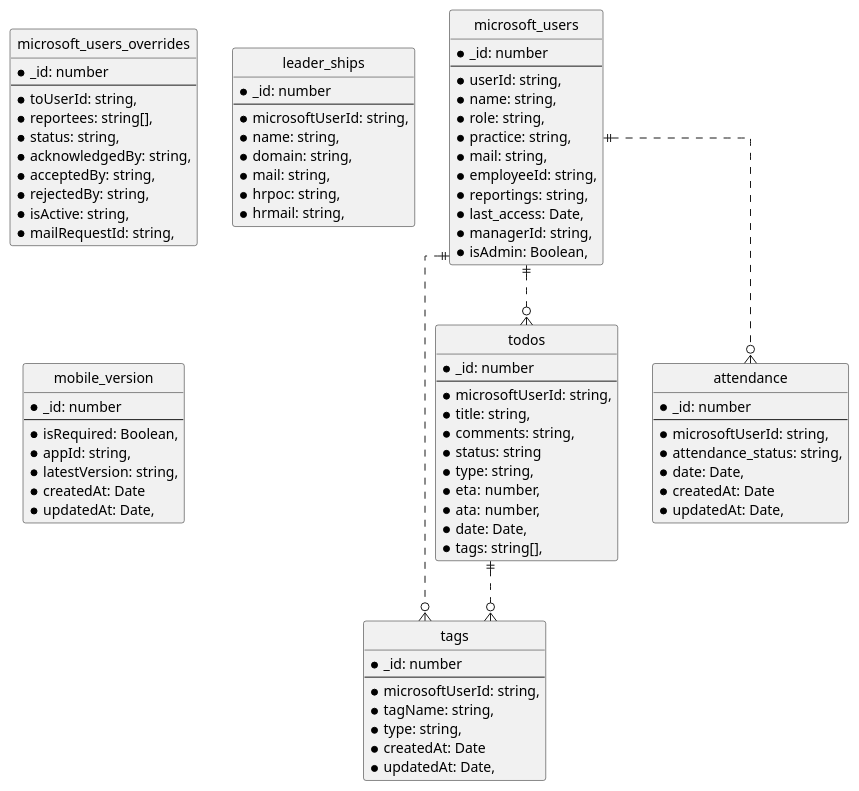
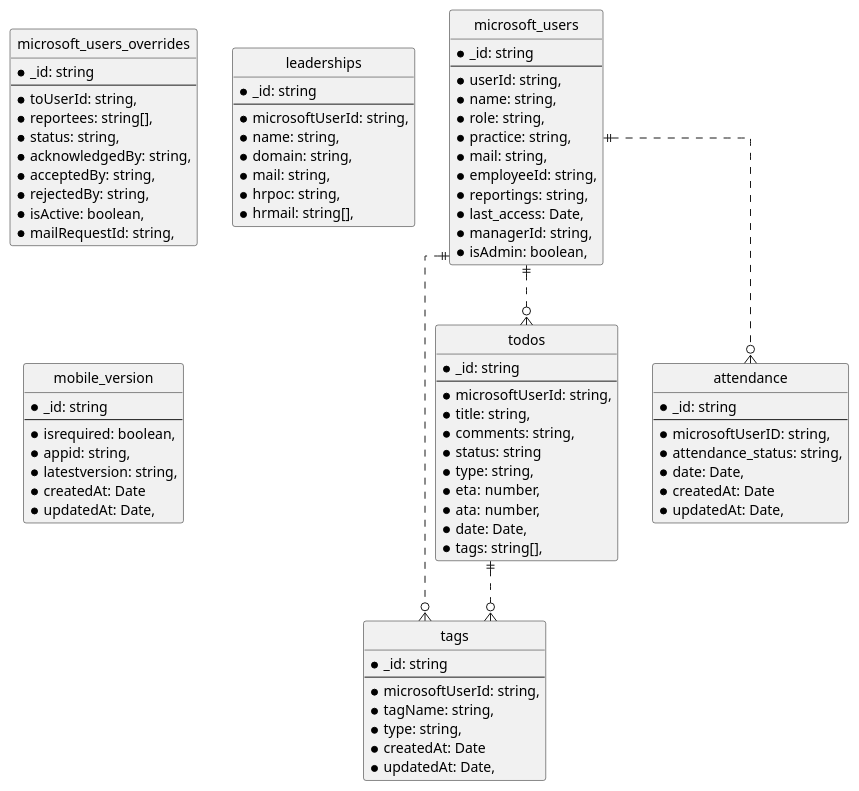
One commit to avasoft-mobility/workday-design changed the diagram in backend/er_design/workday.er.puml. Above: the diagram before and after it, drawn with PlantUML. The commit also changed 7 other files, not shown here.

Commit message:
Remove unused ER files and Change datatypes in ER

```diff
--- a/backend/er_design/workday.er.puml
+++ b/backend/er_design/workday.er.puml
@@ -1,97 +1,97 @@
 @startuml ER Diagram
 ' hide the spot
 hide circle
 
 ' avoid problems with angled crows feet
 skinparam linetype ortho
 
 entity microsoft_users{
-    *_id: number
+    *_id: string
     --
     *userId: string,
     *name: string,
     *role: string,
     *practice: string,
     *mail: string,
     *employeeId: string,
     *reportings: string,
     *last_access: Date,
     *managerId: string,
-    *isAdmin: Boolean,
+    *isAdmin: boolean,
 }
 
 entity microsoft_users_overrides{
-    *_id: number
+    *_id: string
     --
     *toUserId: string,
     *reportees: string[],
     *status: string,
     *acknowledgedBy: string,
     *acceptedBy: string,
     *rejectedBy: string,
-    *isActive: string,
+    *isActive: boolean,
     *mailRequestId: string,
 }
 
-entity leader_ships{
-    *_id: number
+entity leaderships{
+    *_id: string
     --
     *microsoftUserId: string,
     *name: string,
     *domain: string,
     *mail: string,
     *hrpoc: string,
-    *hrmail: string,
+    *hrmail: string[],
 }
 
 entity tags{
-    *_id: number
+    *_id: string
     --
     *microsoftUserId: string,
     *tagName: string,
     *type: string,
     *createdAt: Date 
     *updatedAt: Date,
 }
 
 entity todos{
-    *_id: number
+    *_id: string
     --
     *microsoftUserId: string,
     *title: string,
     *comments: string,
     *status: string 
     *type: string,
     *eta: number,
     *ata: number,
     *date: Date,
     *tags: string[],
 }
 
 entity attendance{
-    *_id: number
+    *_id: string
     --
-    *microsoftUserId: string,
+    *microsoftUserID: string,
     *attendance_status: string,
     *date: Date,
     *createdAt: Date 
     *updatedAt: Date,
 }
 
 entity mobile_version{
-    *_id: number
+    *_id: string
     --
-    *isRequired: Boolean,
-    *appId: string,
-    *latestVersion: string,
+    *isrequired: boolean,
+    *appid: string,
+    *latestversion: string,
     *createdAt: Date 
     *updatedAt: Date,
 }
 
 microsoft_users ||..o{ todos
 microsoft_users ||..o{ tags
 microsoft_users ||..o{ attendance
 todos ||..o{ tags
 
 
 @enduml
```
